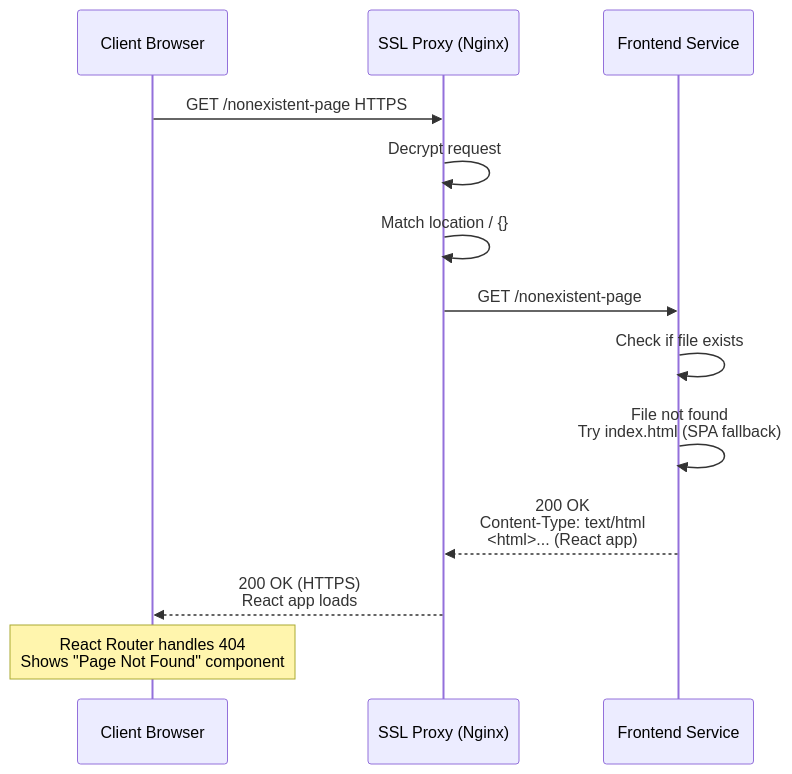
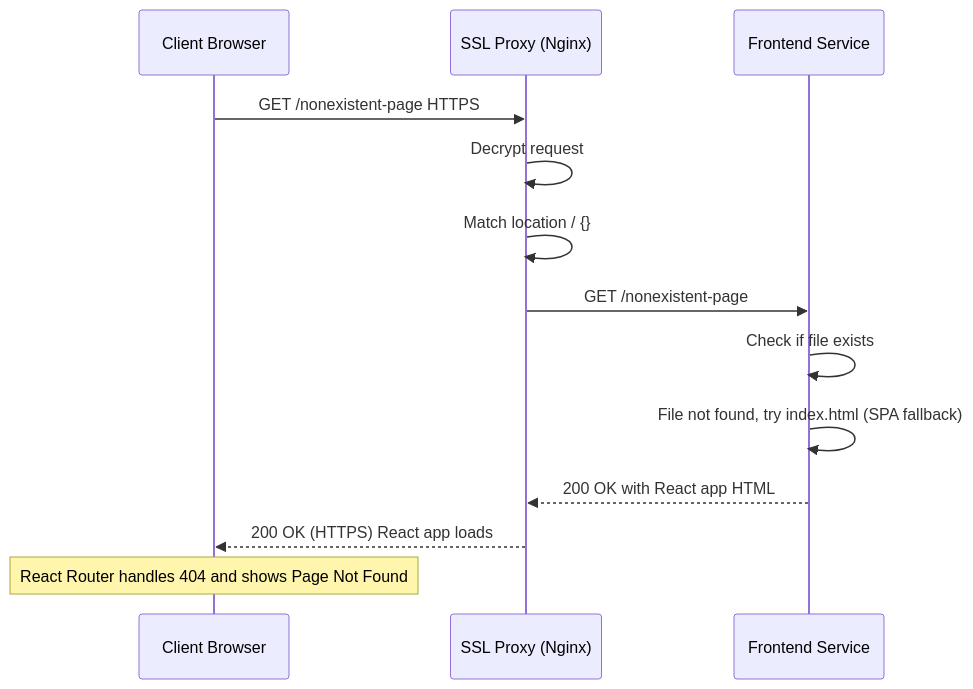
Before and after one commit to softwarewrighter/ssl-proxy-for-do: the ninth of 10 diagrams in wiki/Request-Flow.md, drawn with Mermaid. The commit also changed other lines of this file and 3 other files, not shown here.

First line of the commit message:
Remove all remaining br tags from sequence diagrams

````diff
--- a/wiki/Request-Flow.md
+++ b/wiki/Request-Flow.md
@@ -493,22 +493,22 @@
 ```mermaid
 sequenceDiagram
     participant Client as Client Browser
     participant SSLProxy as SSL Proxy (Nginx)
     participant Frontend as Frontend Service
 
     Client->>SSLProxy: GET /nonexistent-page HTTPS
 
     SSLProxy->>SSLProxy: Decrypt request
     SSLProxy->>SSLProxy: Match location / {}
 
     SSLProxy->>Frontend: GET /nonexistent-page
 
     Frontend->>Frontend: Check if file exists
-    Frontend->>Frontend: File not found<br/>Try index.html (SPA fallback)
+    Frontend->>Frontend: File not found, try index.html (SPA fallback)
 
-    Frontend-->>SSLProxy: 200 OK<br/>Content-Type: text/html<br/><html>... (React app)
+    Frontend-->>SSLProxy: 200 OK with React app HTML
 
-    SSLProxy-->>Client: 200 OK (HTTPS)<br/>React app loads
+    SSLProxy-->>Client: 200 OK (HTTPS) React app loads
 
-    Note over Client: React Router handles 404<br/>Shows "Page Not Found" component
+    Note over Client: React Router handles 404 and shows Page Not Found
 ```
````
